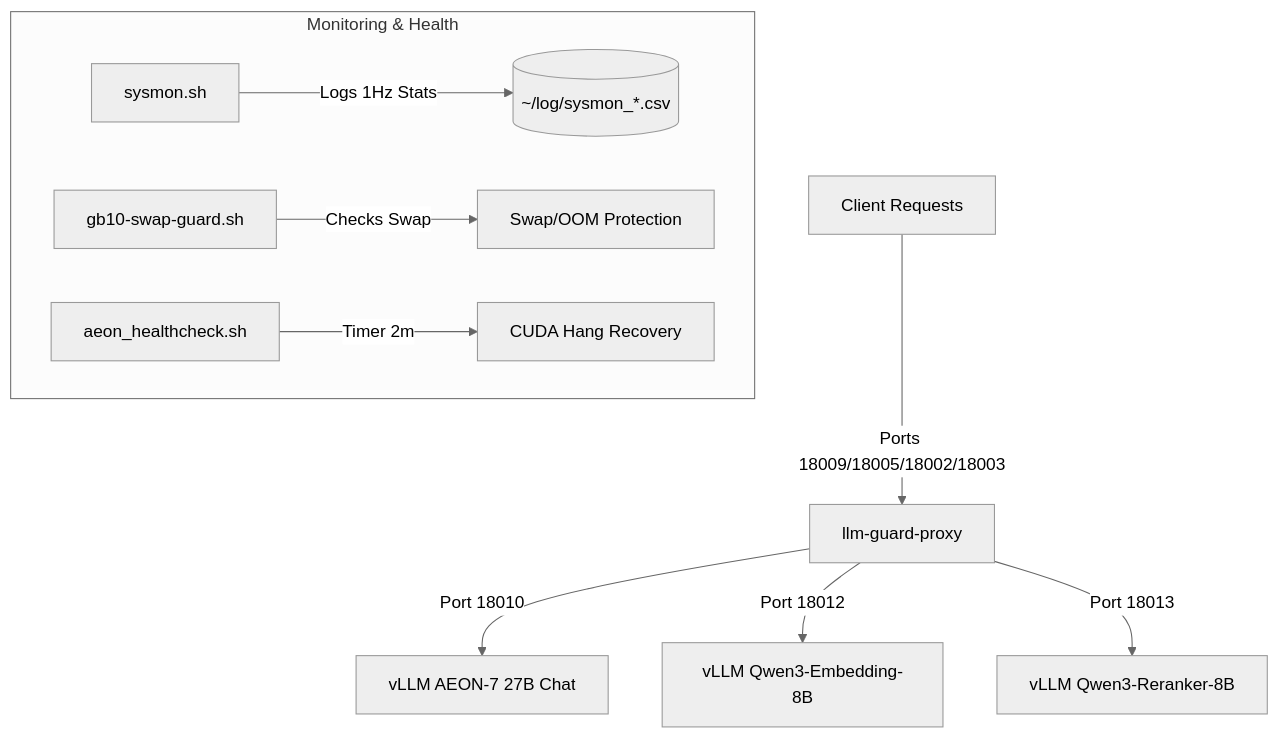
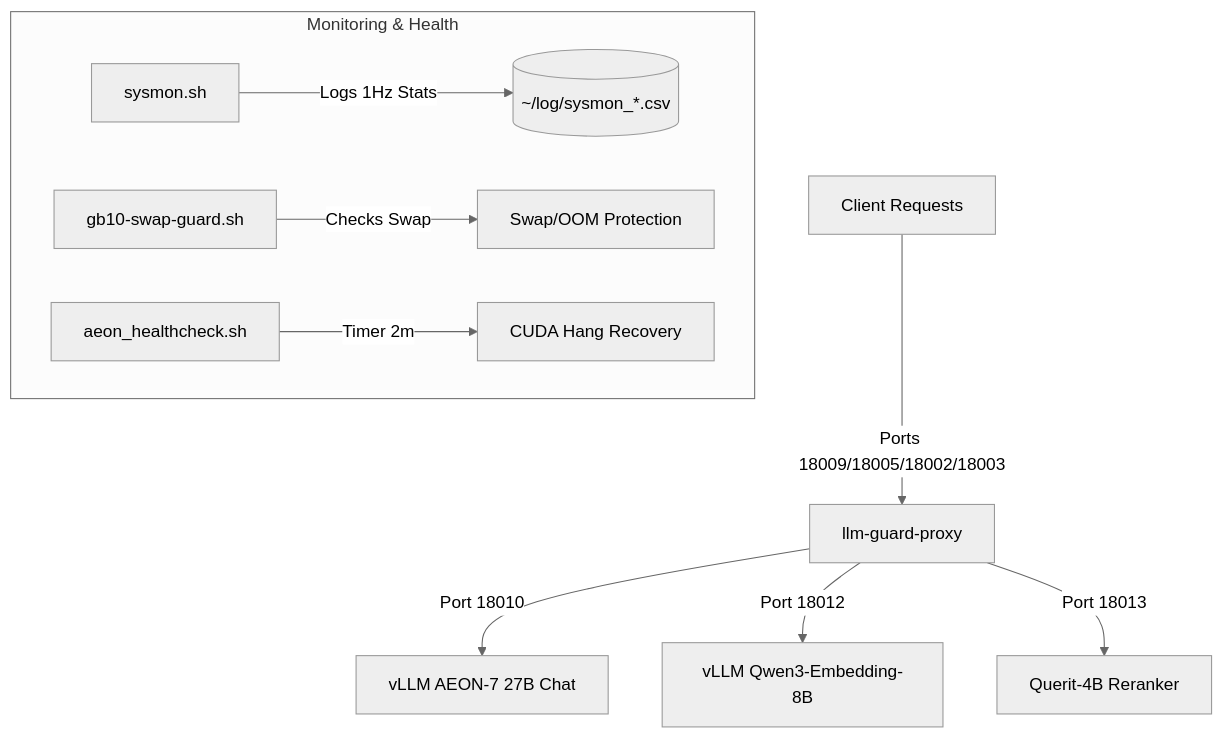
The diagram in README.md (RyderFreeman4Logos/gb10-services), drawn with Mermaid (neutral theme) before and after one commit. The commit also changed other lines of this file and 5 other files, not shown here.

````diff
--- a/README.md
+++ b/README.md
@@ -11,13 +11,13 @@
 ```mermaid
 graph TD
     Client[Client Requests] -->|Ports 18009/18005/18002/18003| Proxy[llm-guard-proxy]
     Proxy -->|Port 18010| AEON[vLLM AEON-7 27B Chat]
     Proxy -->|Port 18012| Embed[vLLM Qwen3-Embedding-8B]
-    Proxy -->|Port 18013| Rerank[vLLM Qwen3-Reranker-8B]
+    Proxy -->|Port 18013| Rerank[Querit-4B Reranker]
 
     subgraph Monitoring & Health
         Sysmon[sysmon.sh] -->|Logs 1Hz Stats| CSV[(~/log/sysmon_*.csv)]
         SwapGuard[gb10-swap-guard.sh] -->|Checks Swap| OOMProtect[Swap/OOM Protection]
         HCheck[aeon_healthcheck.sh] -->|Timer 2m| HangRecovery[CUDA Hang Recovery]
     end
 ```
````
